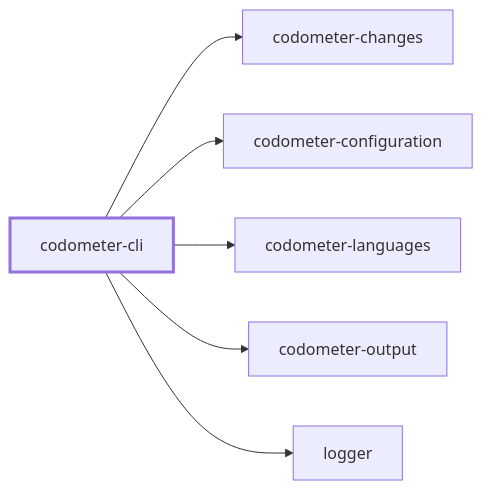
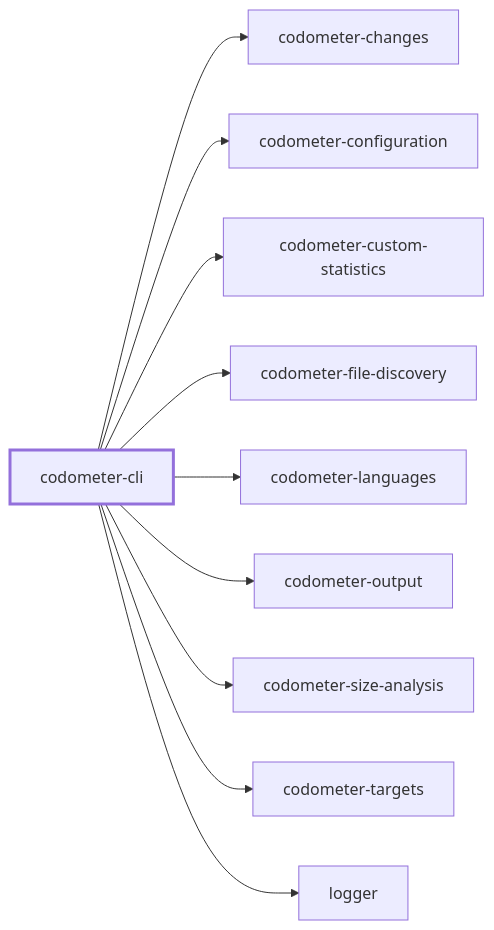
The first of 2 diagrams in packages/codometer-cli/README.md (JimmyPaolini/codebase), drawn with Mermaid before and after one commit. The commit also changed other lines of this file and 100 other files, not shown here.

````diff
--- a/packages/codometer-cli/README.md
+++ b/packages/codometer-cli/README.md
@@ -431,16 +431,24 @@
 ```mermaid
 flowchart LR
   codometer_changes["codometer-changes"]
   codometer_cli["codometer-cli"]
   codometer_configuration["codometer-configuration"]
+  codometer_custom_statistics["codometer-custom-statistics"]
+  codometer_file_discovery["codometer-file-discovery"]
   codometer_languages["codometer-languages"]
   codometer_output["codometer-output"]
+  codometer_size_analysis["codometer-size-analysis"]
+  codometer_targets["codometer-targets"]
   logger["logger"]
   codometer_cli --> codometer_changes
   codometer_cli --> codometer_configuration
+  codometer_cli --> codometer_custom_statistics
+  codometer_cli --> codometer_file_discovery
   codometer_cli --> codometer_languages
   codometer_cli --> codometer_output
+  codometer_cli --> codometer_size_analysis
+  codometer_cli --> codometer_targets
   codometer_cli --> logger
   classDef subject stroke-width:3px
   class codometer_cli subject
 ```
````
